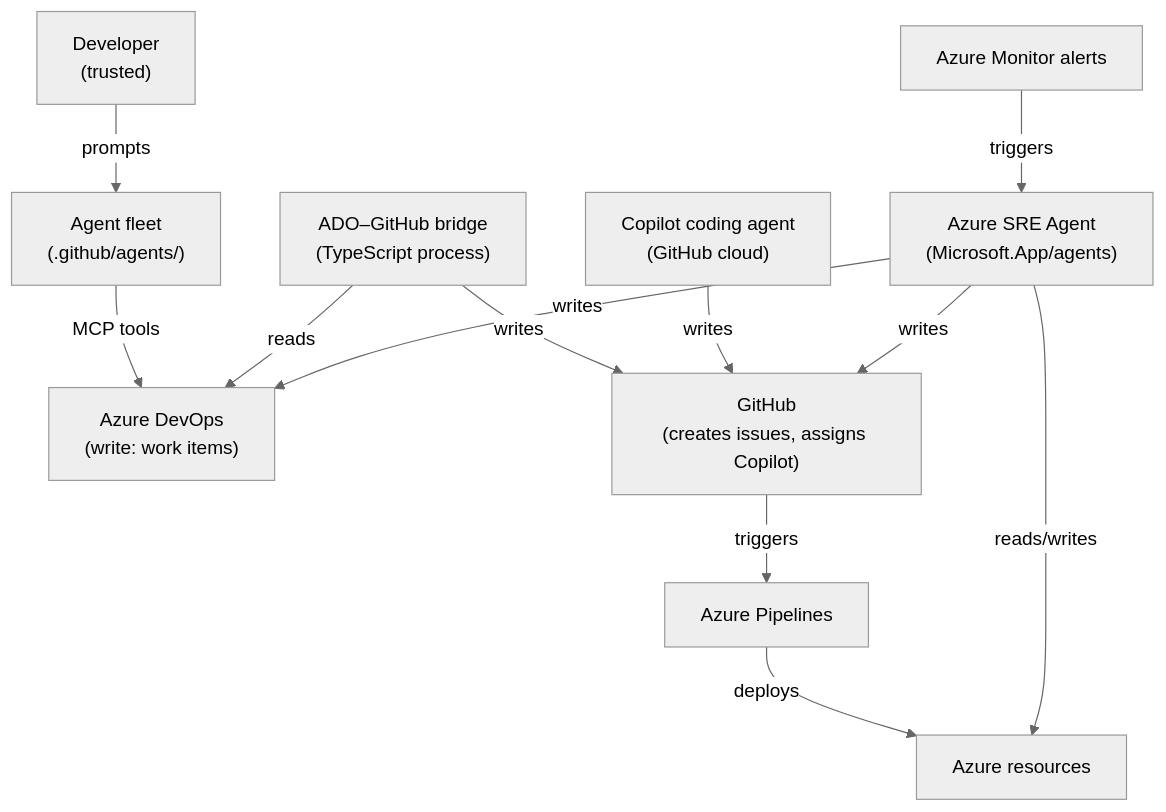
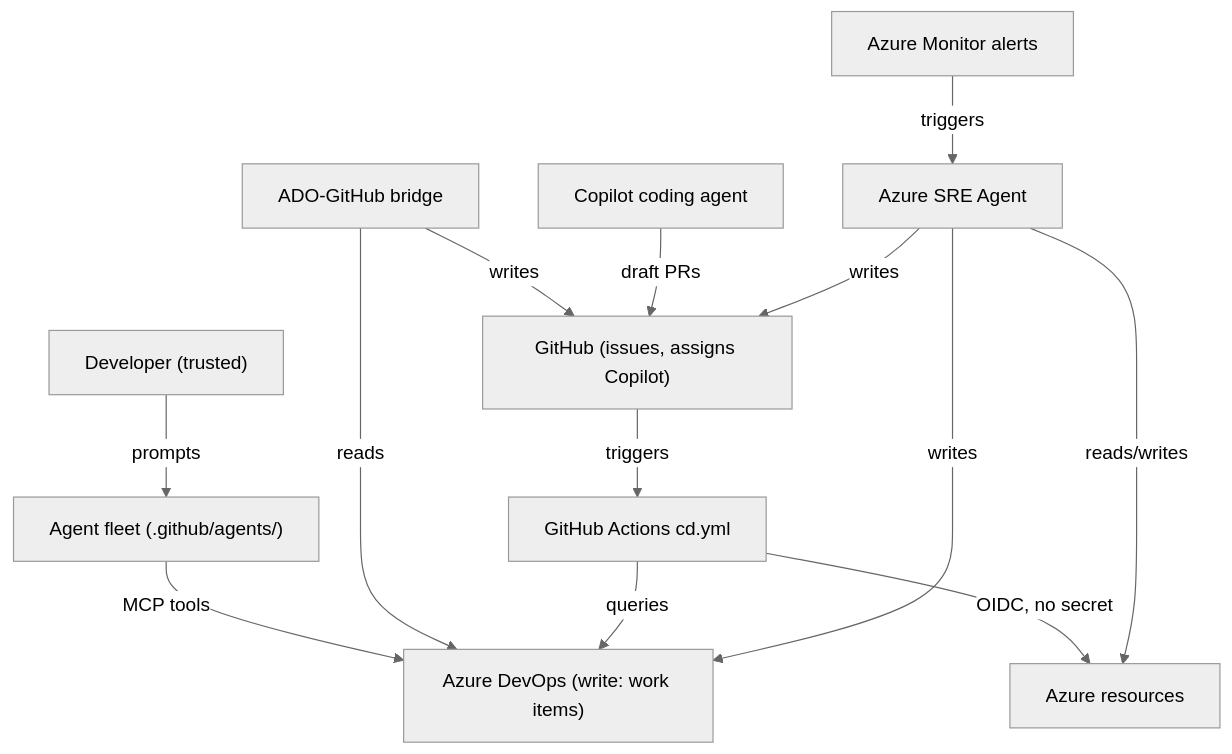
Before and after one commit to melrasheed/contoso-claims-agentic-sdlc: the diagram in docs/05-security-model.md, drawn with Mermaid (neutral theme). The commit also changed other lines of this file and 50 other files, not shown here.

First line of the commit message:
Move all CI/CD to GitHub Actions; Azure DevOps becomes planning-only

````diff
--- a/docs/05-security-model.md
+++ b/docs/05-security-model.md
@@ -17,14 +18,15 @@
 ```mermaid
 flowchart TB
-    Developer["Developer\n(trusted)"] -->|prompts| Agents["Agent fleet\n(.github/agents/)"]
-    Agents -->|MCP tools| ADO["Azure DevOps\n(write: work items)"]
-    Bridge["ADO–GitHub bridge\n(TypeScript process)"] -->|reads| ADO
-    Bridge -->|writes| GH["GitHub\n(creates issues, assigns Copilot)"]
-    CopilotCoding["Copilot coding agent\n(GitHub cloud)"] -->|writes| GH
-    GH -->|triggers| Pipeline["Azure Pipelines"]
-    Pipeline -->|deploys| Azure["Azure resources"]
-    SRE["Azure SRE Agent\n(Microsoft.App/agents)"] -->|reads/writes| Azure
+    Developer["Developer (trusted)"] -->|prompts| Agents["Agent fleet (.github/agents/)"]
+    Agents -->|MCP tools| ADO["Azure DevOps (write: work items)"]
+    Bridge["ADO-GitHub bridge"] -->|reads| ADO
+    Bridge -->|writes| GH["GitHub (issues, assigns Copilot)"]
+    CopilotCoding["Copilot coding agent"] -->|draft PRs| GH
+    GH -->|triggers| Actions["GitHub Actions cd.yml"]
+    Actions -->|queries| ADO
+    Actions -->|OIDC, no secret| Azure["Azure resources"]
+    SRE["Azure SRE Agent"] -->|reads/writes| Azure
     SRE -->|writes| GH
     SRE -->|writes| ADO
     AlertRule["Azure Monitor alerts"] -->|triggers| SRE
 ```
````
